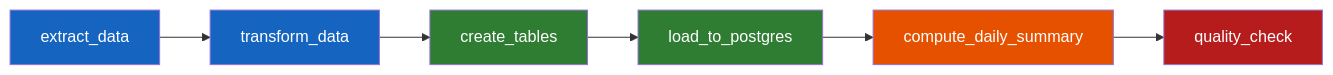
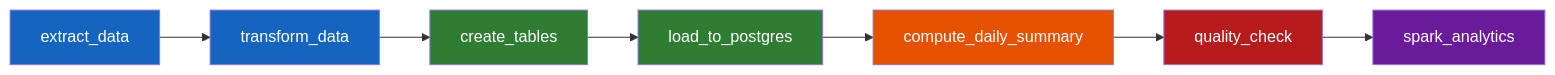
Before and after one commit to Lukiano99/ETLProcessorProject: the third of 4 diagrams in README.md, drawn with Mermaid. The commit also changed other lines of this file and 7 other files, not shown here.

First line of the commit message:
Add Apache Spark analytics layer

````diff
--- a/README.md
+++ b/README.md
@@ -65,15 +73,17 @@
 ```mermaid
 graph LR
     E[extract_data] --> T[transform_data]
     T --> C[create_tables]
     C --> L[load_to_postgres]
     L --> D[compute_daily_summary]
     D --> Q[quality_check]
+    Q --> S[spark_analytics]
 
     style E fill:#1565c0,color:#fff
     style T fill:#1565c0,color:#fff
     style C fill:#2e7d32,color:#fff
     style L fill:#2e7d32,color:#fff
     style D fill:#e65100,color:#fff
     style Q fill:#b71c1c,color:#fff
+    style S fill:#6a1b9a,color:#fff
 ```
````
